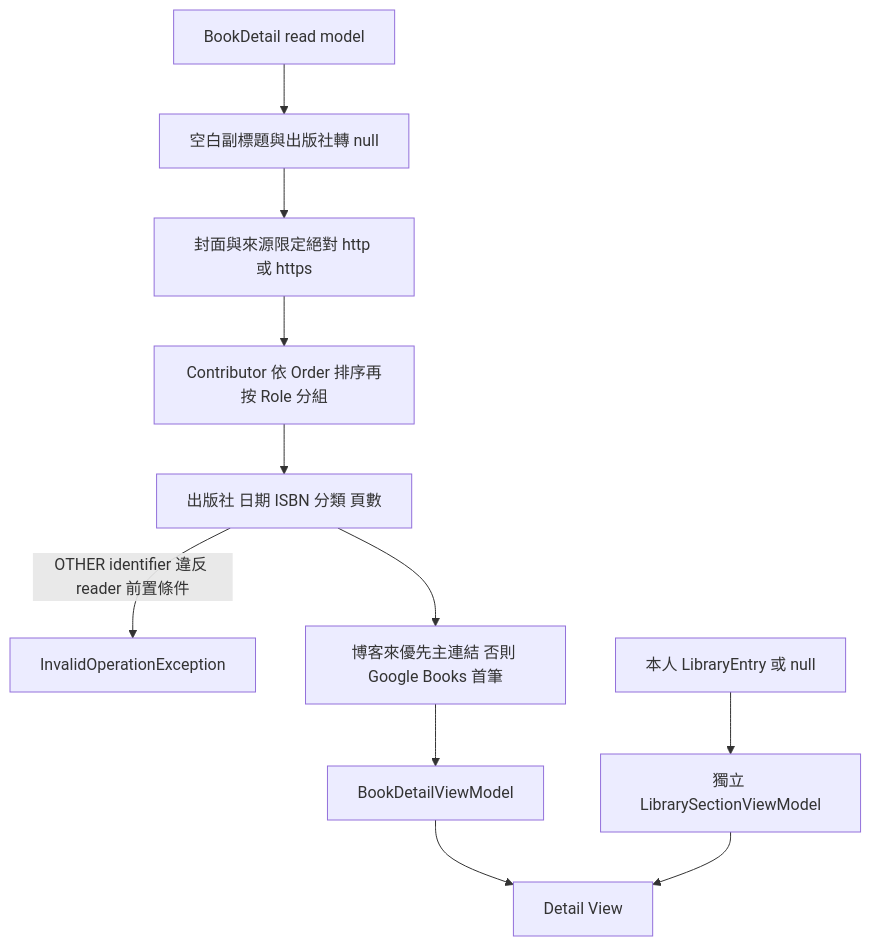
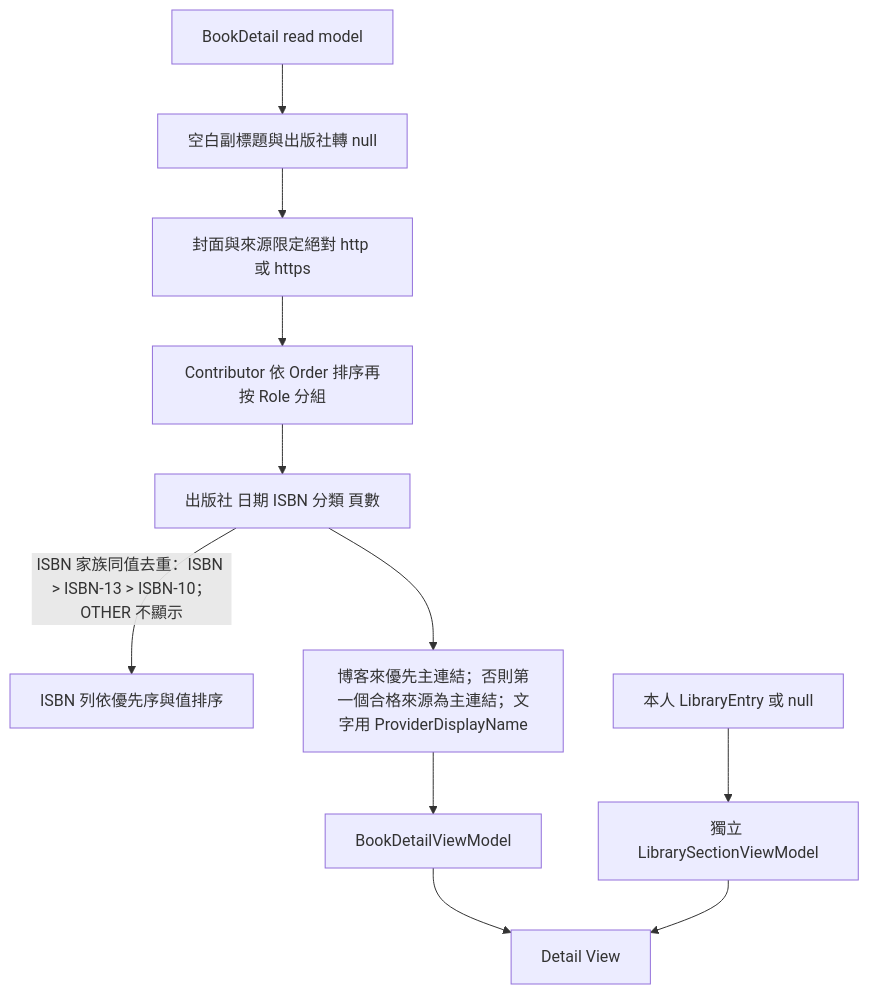
One commit to Arthur801/Book-Finder changed the third of 4 diagrams in Models/docs/workflow-diagram.md. Above: the diagram before and after it, drawn with Mermaid. The commit also changed 12 other files, not shown here.

````diff
--- a/Models/docs/workflow-diagram.md
+++ b/Models/docs/workflow-diagram.md
@@ -74,13 +74,13 @@
 ```mermaid
 flowchart TD
     D[BookDetail read model] --> O[空白副標題與出版社轉 null]
     O --> URL[封面與來源限定絕對 http 或 https]
     URL --> G[Contributor 依 Order 排序再按 Role 分組]
     G --> INFO[出版社 日期 ISBN 分類 頁數]
-    INFO -->|OTHER identifier 違反 reader 前置條件| EX[InvalidOperationException]
-    INFO --> LINKS[博客來優先主連結 否則 Google Books 首筆]
+    INFO -->|ISBN 家族同值去重：ISBN > ISBN-13 > ISBN-10；OTHER 不顯示| ISBNROWS[ISBN 列依優先序與值排序]
+    INFO --> LINKS[博客來優先主連結；否則第一個合格來源為主連結；文字用 ProviderDisplayName]
     LINKS --> VM[BookDetailViewModel]
     VM --> VIEW[Detail View]
     L[本人 LibraryEntry 或 null] --> SEC[獨立 LibrarySectionViewModel]
     SEC --> VIEW
 ```
````
